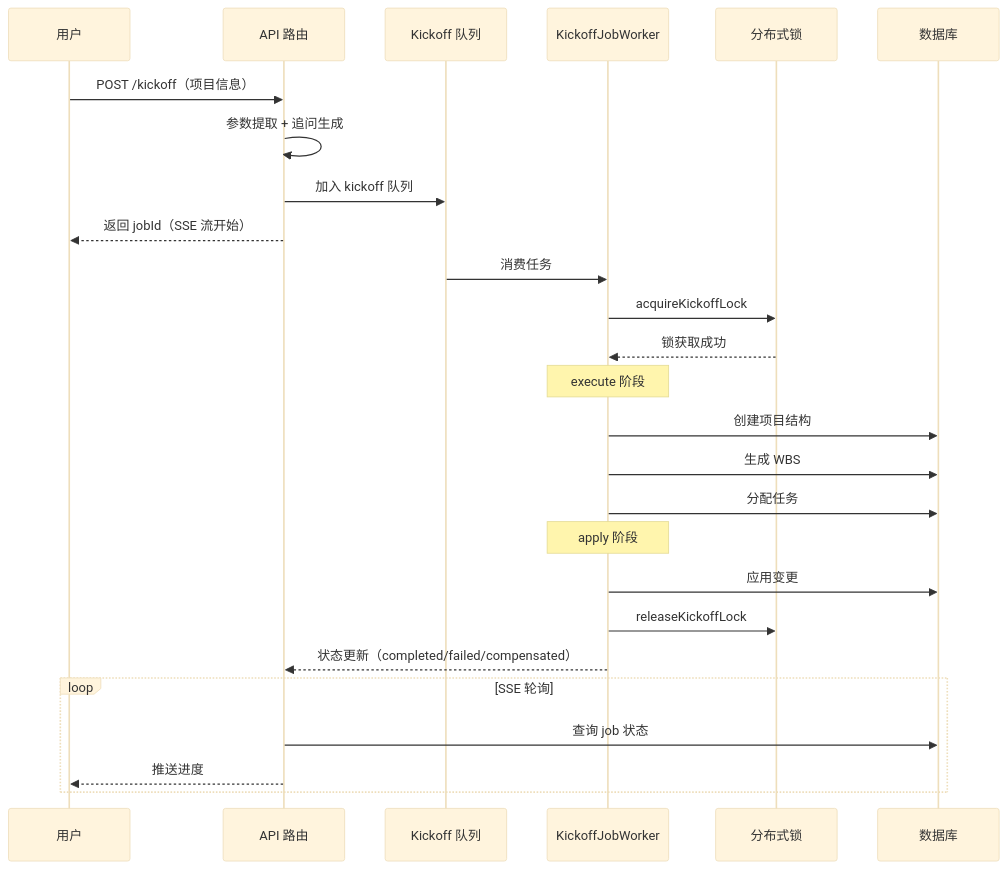
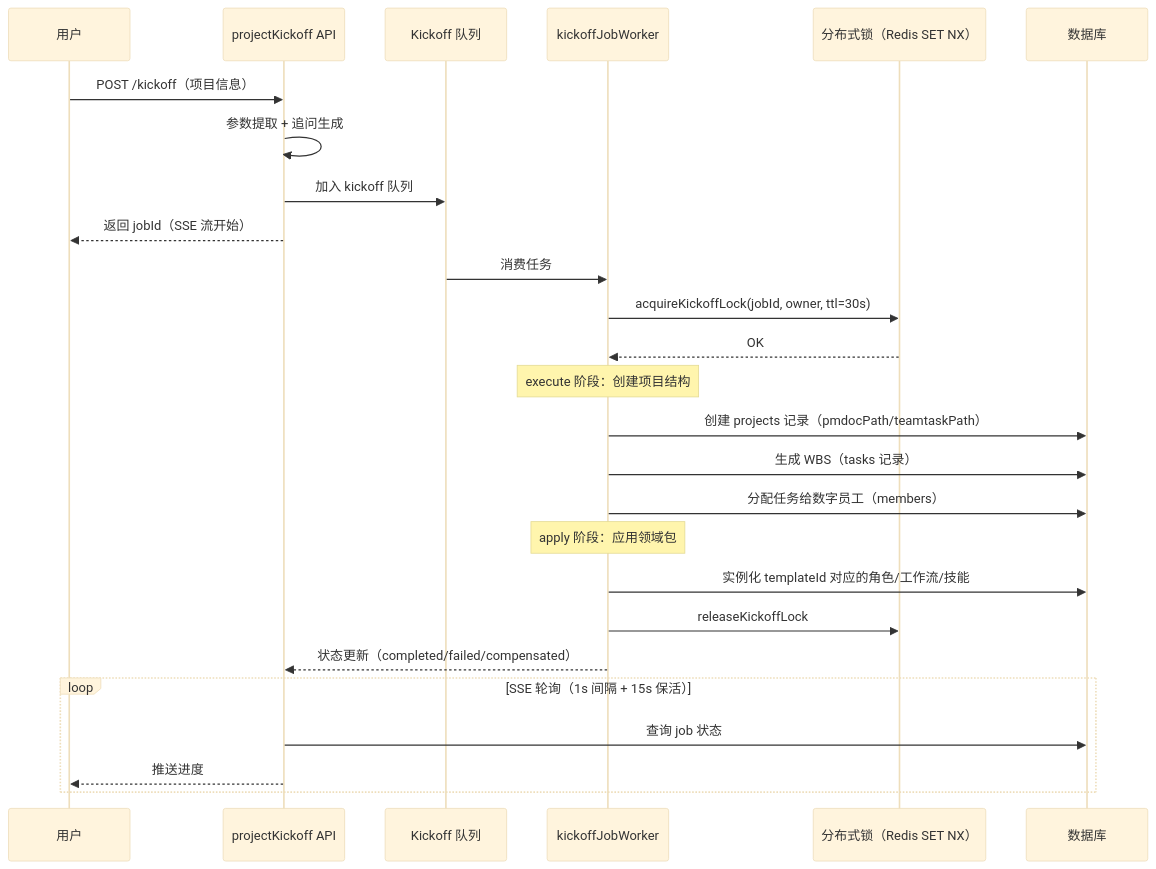
Before and after one commit to GGwujun/deep-dive-winmatrix: the diagram in src/part7-collaboration/ch18-project.md, drawn with Mermaid (base theme). The commit also changed other lines of this file and 35 other files, not shown here.

````diff
--- a/src/part7-collaboration/ch18-project.md
+++ b/src/part7-collaboration/ch18-project.md
@@ -116,34 +358,34 @@
 ```mermaid
 sequenceDiagram
     participant U as 用户
-    participant API as API 路由
+    participant API as projectKickoff API
     participant Queue as Kickoff 队列
-    participant Worker as KickoffJobWorker
-    participant Lock as 分布式锁
+    participant Worker as kickoffJobWorker
+    participant Lock as 分布式锁（Redis SET NX）
     participant DB as 数据库
 
     U->>API: POST /kickoff（项目信息）
     API->>API: 参数提取 + 追问生成
     API->>Queue: 加入 kickoff 队列
     API-->>U: 返回 jobId（SSE 流开始）
 
     Queue->>Worker: 消费任务
-    Worker->>Lock: acquireKickoffLock
-    Lock-->>Worker: 锁获取成功
+    Worker->>Lock: acquireKickoffLock(jobId, owner, ttl=30s)
+    Lock-->>Worker: OK
 
-    Note over Worker: execute 阶段
-    Worker->>DB: 创建项目结构
-    Worker->>DB: 生成 WBS
-    Worker->>DB: 分配任务
+    Note over Worker: execute 阶段：创建项目结构
+    Worker->>DB: 创建 projects 记录（pmdocPath/teamtaskPath）
+    Worker->>DB: 生成 WBS（tasks 记录）
+    Worker->>DB: 分配任务给数字员工（members）
 
-    Note over Worker: apply 阶段
-    Worker->>DB: 应用变更
+    Note over Worker: apply 阶段：应用领域包
+    Worker->>DB: 实例化 templateId 对应的角色/工作流/技能
 
     Worker->>Lock: releaseKickoffLock
     Worker-->>API: 状态更新（completed/failed/compensated）
 
-    loop SSE 轮询
+    loop SSE 轮询（1s 间隔 + 15s 保活）
         API->>DB: 查询 job 状态
         API-->>U: 推送进度
     end
 ```
````
